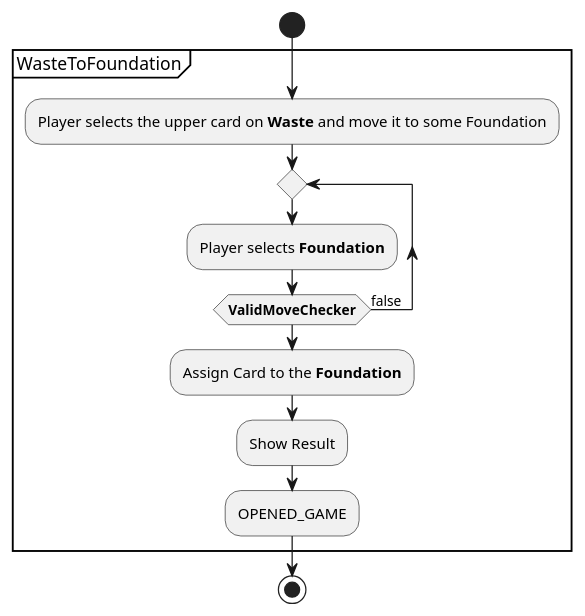
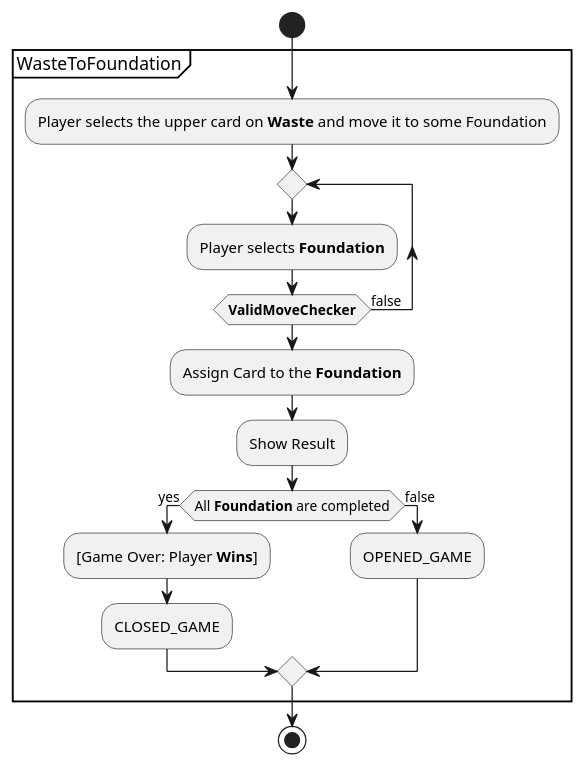
Before and after one commit to ciscoruiz/klondike: the diagram in useCaseView/WasteToFoundation.puml, drawn with PlantUML.

Commit message:
Check game over while moving Waste to Foundation

```diff
--- a/useCaseView/WasteToFoundation.puml
+++ b/useCaseView/WasteToFoundation.puml
@@ -1,18 +1,24 @@
 @startuml
 'https://plantuml.com/activity-diagram-beta
 
 start
 
 partition WasteToFoundation {
 :Player selects the upper card on **Waste** and move it to some Foundation;
 repeat
    :Player selects **Foundation**;
 repeat while (**ValidMoveChecker**) is (false)
 :Assign Card to the **Foundation**;
 :Show Result;
-:OPENED_GAME;
+
+if (All **Foundation** are completed) then (yes)
+   :[Game Over: Player **Wins**];
+   :CLOSED_GAME;
+else (false)
+   :OPENED_GAME;
+endif
 }
 
 stop
 
 @enduml
```
